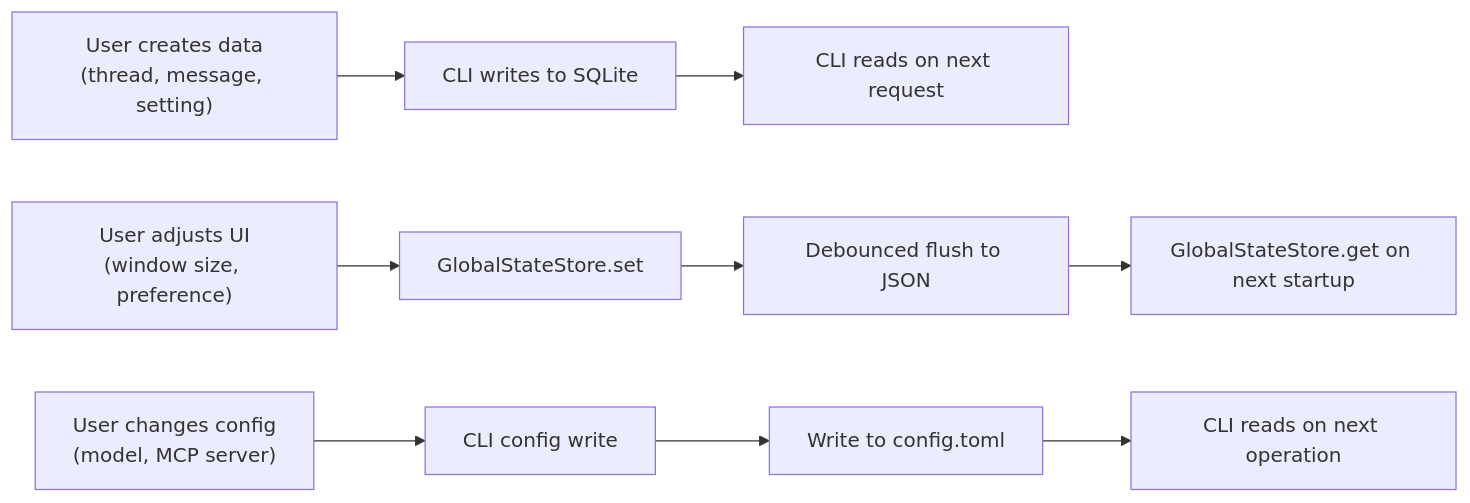
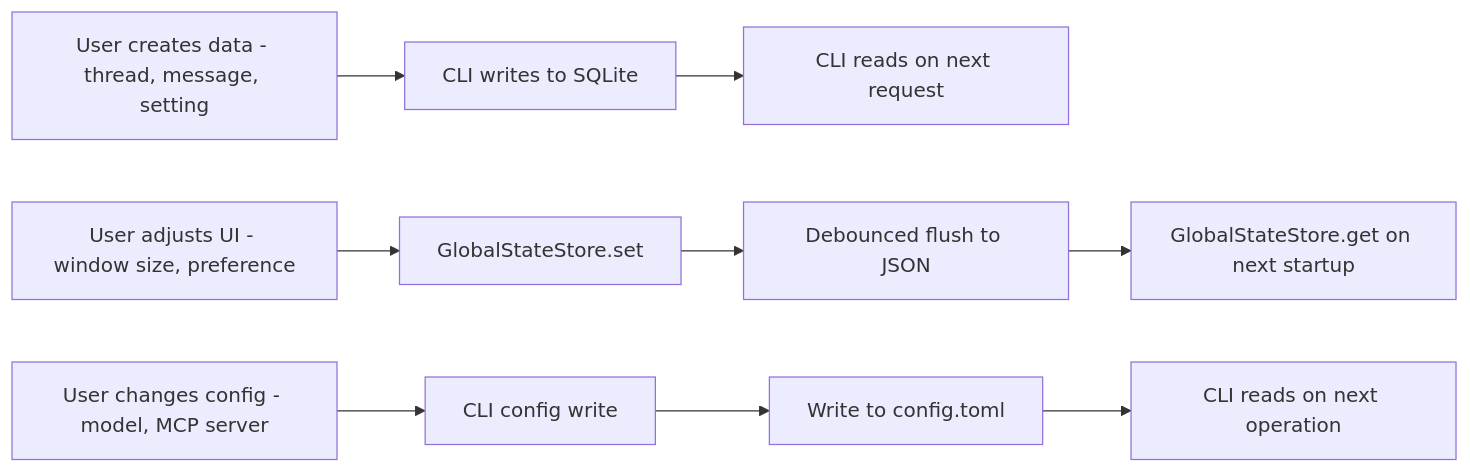
The second of 2 diagrams in 14-state-persistence.md (ChrisFeldmeier/codex-research), drawn with Mermaid before and after one commit. The commit also changed other lines of this file and 10 other files, not shown here.

Commit message:
Refactor mermaid diagrams for improved clarity and consistency in label descriptions across various documentation files

````diff
--- a/14-state-persistence.md
+++ b/14-state-persistence.md
@@ -134,16 +134,16 @@
 ```mermaid
 flowchart LR
-    CREATE["User creates data<br/>(thread, message, setting)"]
+    CREATE["User creates data - thread, message, setting"]
     CREATE --> CLI_WRITE["CLI writes to SQLite"]
     CLI_WRITE --> CLI_READ["CLI reads on next request"]
 
-    CREATE2["User adjusts UI<br/>(window size, preference)"]
+    CREATE2["User adjusts UI - window size, preference"]
     CREATE2 --> GS_WRITE["GlobalStateStore.set"]
     GS_WRITE --> GS_FLUSH["Debounced flush to JSON"]
     GS_FLUSH --> GS_READ["GlobalStateStore.get on next startup"]
 
-    CREATE3["User changes config<br/>(model, MCP server)"]
+    CREATE3["User changes config - model, MCP server"]
     CREATE3 --> CONFIG_WRITE["CLI config write"]
     CONFIG_WRITE --> TOML["Write to config.toml"]
     TOML --> CONFIG_READ["CLI reads on next operation"]
 ```
````
